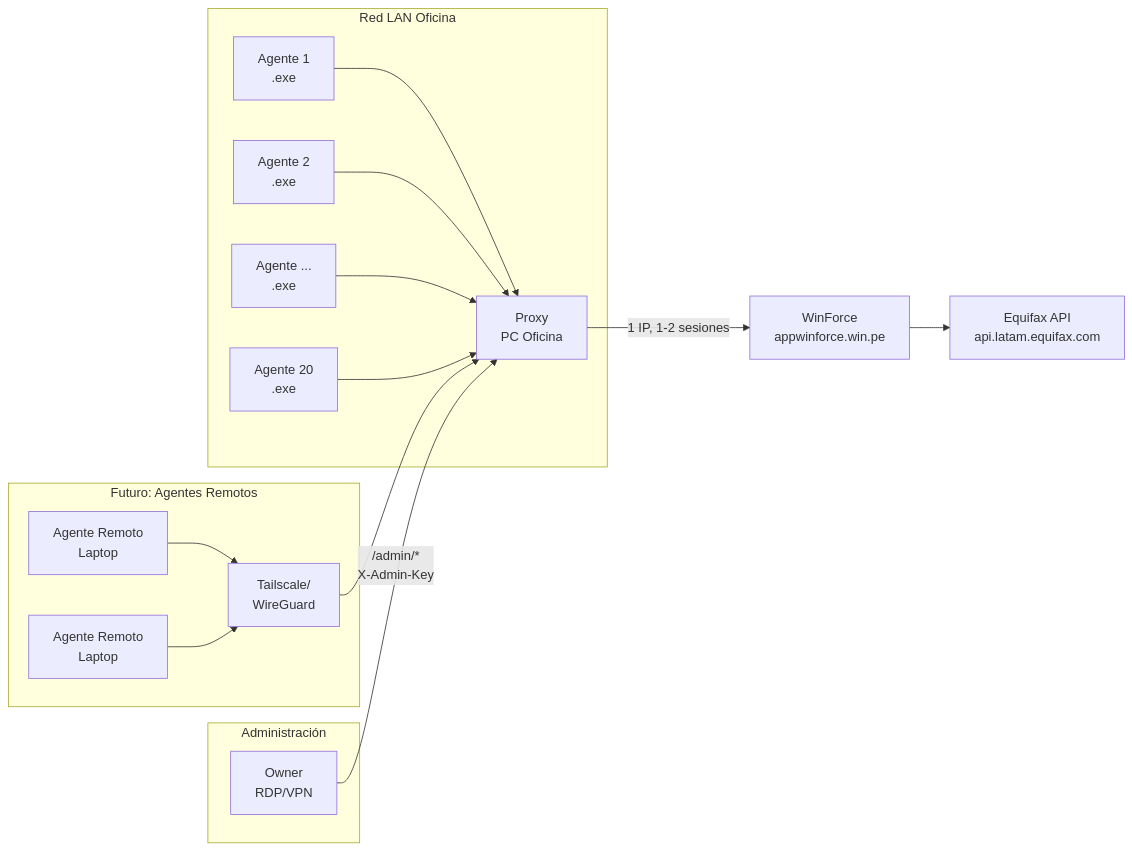
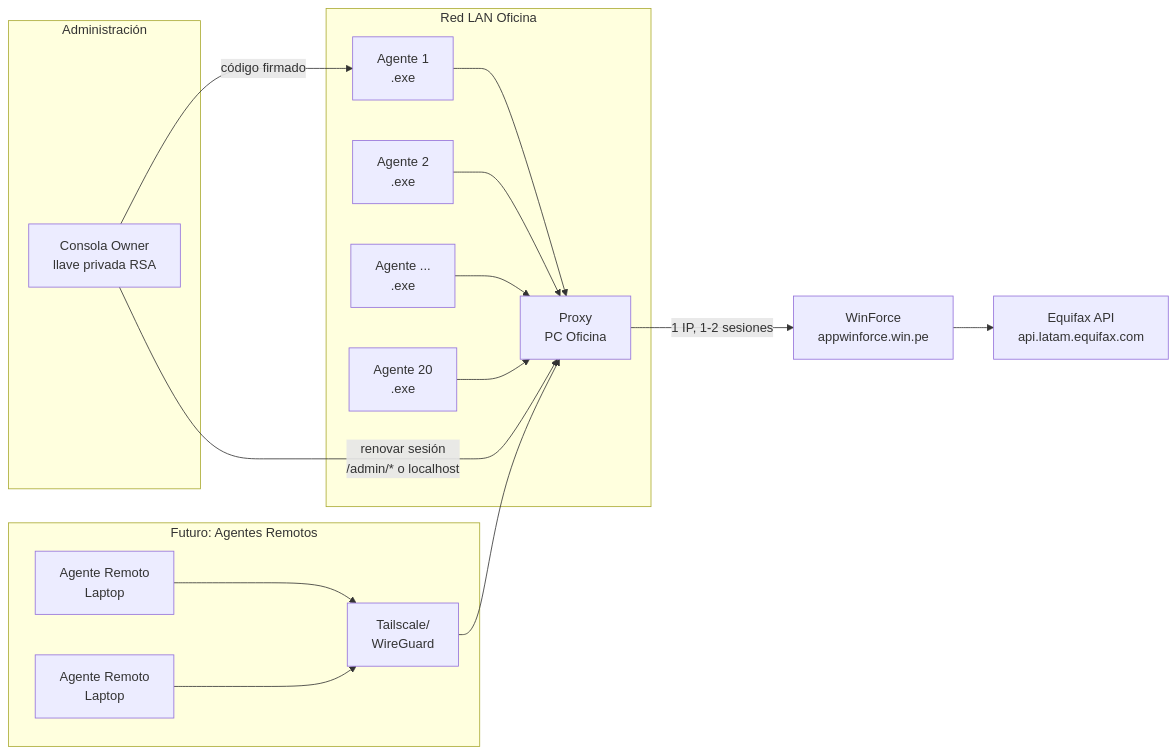
Before and after one commit to sys-connectsolutionsjs/JSConnect-Win-Coverage: the diagram in docs/arquitectura.md, drawn with Mermaid. The commit also changed other lines of this file and 25 other files, not shown here.

Commit message:
feat(owner): habilitar activacion RSA y documentar el traspaso

````diff
--- a/docs/arquitectura.md
+++ b/docs/arquitectura.md
@@ -9,22 +9,23 @@
 ```mermaid
 flowchart LR
     subgraph LAN[Red LAN Oficina]
         A1[Agente 1\n.exe] --> P[Proxy\nPC Oficina]
         A2[Agente 2\n.exe] --> P
         A3[Agente ...\n.exe] --> P
         A20[Agente 20\n.exe] --> P
     end
 
     P -->|1 IP, 1-2 sesiones| WF[WinForce\nappwinforce.win.pe]
     WF --> EQ[Equifax API\napi.latam.equifax.com]
 
     subgraph REMOTO[Futuro: Agentes Remotos]
         R1[Agente Remoto\nLaptop] --> VPN[Tailscale/\nWireGuard]
         R2[Agente Remoto\nLaptop] --> VPN
         VPN --> P
     end
 
     subgraph ADMIN[Administración]
-        OWNER[Owner\nRDP/VPN] -->|/admin/*\nX-Admin-Key| P
+        OWNER[Consola Owner\nllave privada RSA] -->|código firmado| A1
+        OWNER -->|renovar sesión\n/admin/* o localhost| P
     end
 ```
````
